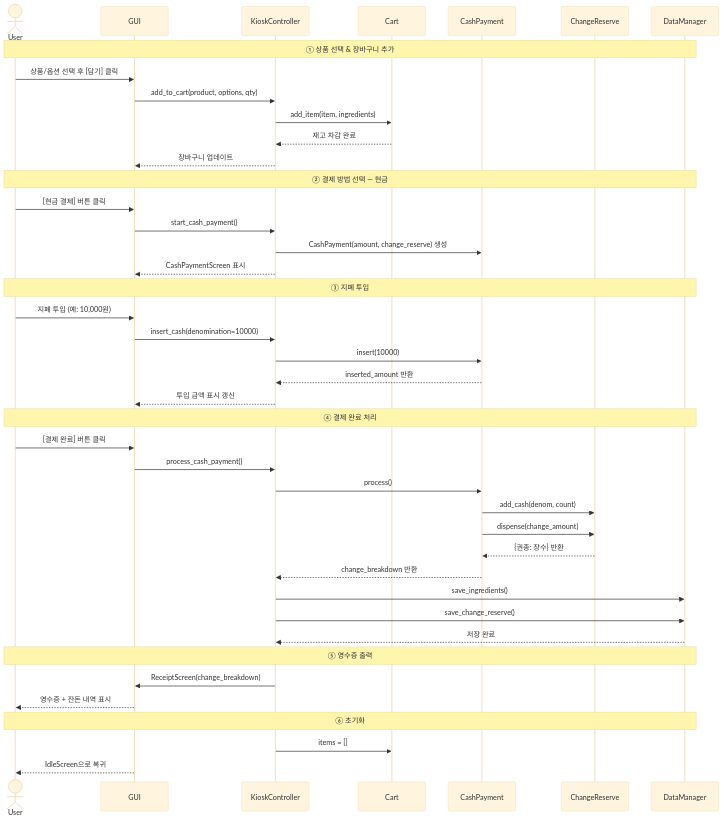
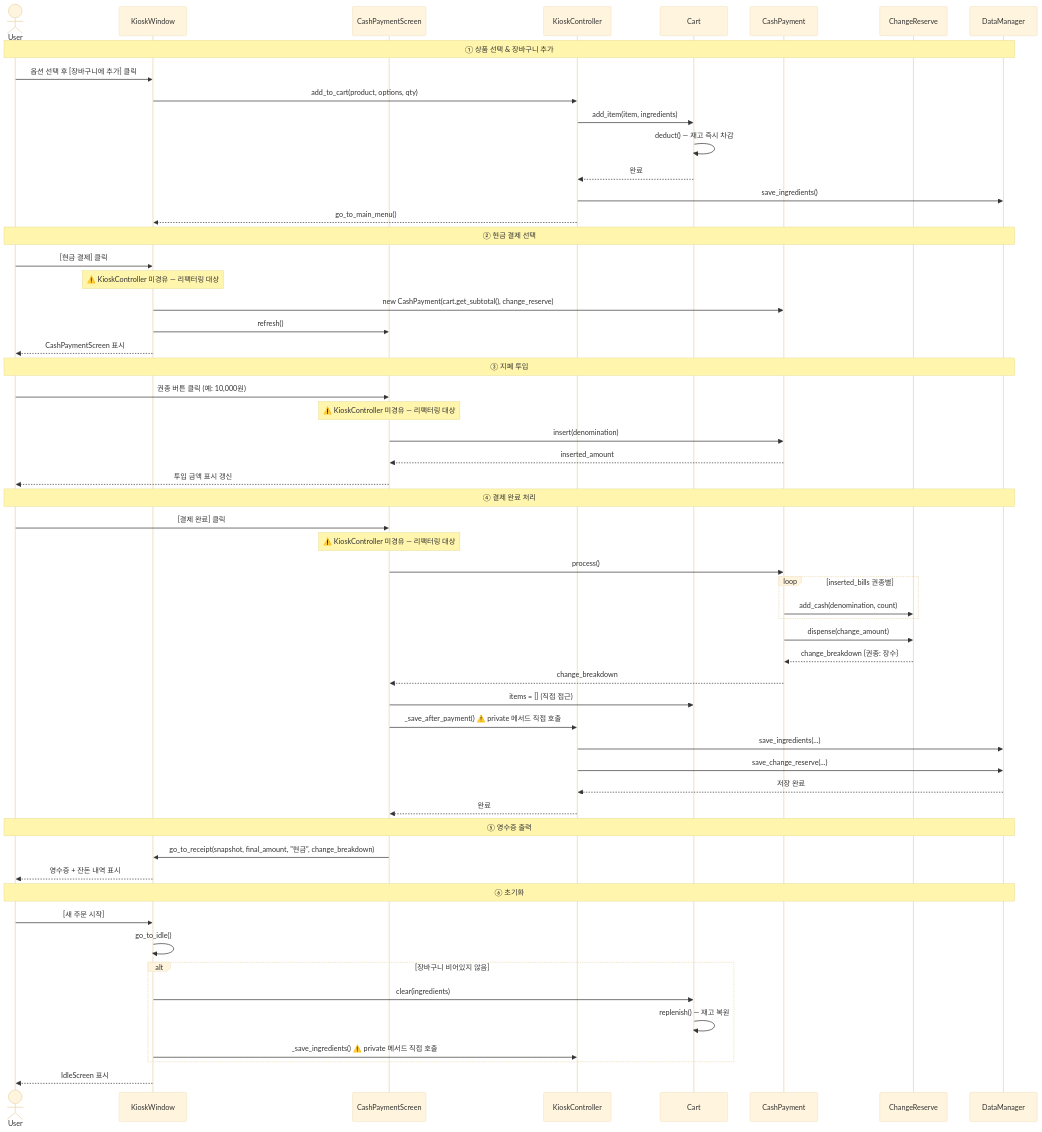
The second of 2 diagrams in README.md (yj2trigger/pmg-ic-pbl), drawn with Mermaid (base theme) before and after one commit. The commit also changed other lines of this file, not shown here.

Commit message:
docs: README 시퀀스 다이어그램을 실제 코드 기반으로 교체
기존: 의도한 아키텍처 (KioskController 경유 가정)
변경: 실제 코드 기준, KioskController 미경유 경로 ⚠️ 표시
아키텍처 메모 테이블 추가 (실제 경로 vs 의도한 경로)

````diff
--- a/README.md
+++ b/README.md
@@ -162,50 +164,65 @@
 ```mermaid
 sequenceDiagram
     actor User
-    participant GUI
-    participant Controller as KioskController
+    participant GW as KioskWindow
+    participant CS as CashPaymentScreen
+    participant KC as KioskController
     participant Cart
     participant CP as CashPayment
     participant CR as ChangeReserve
     participant DM as DataManager
- 
-    note over User,DM: ① 상품 선택 & 장바구니 추가
-    User->>GUI: 상품/옵션 선택 후 [담기] 클릭
-    GUI->>Controller: add_to_cart(product, options, qty)
-    Controller->>Cart: add_item(item, ingredients)
-    Cart-->>Controller: 재고 차감 완료
-    Controller-->>GUI: 장바구니 업데이트
- 
-    note over User,DM: ② 결제 방법 선택 — 현금
-    User->>GUI: [현금 결제] 버튼 클릭
-    GUI->>Controller: start_cash_payment()
-    Controller->>CP: CashPayment(amount, change_reserve) 생성
-    Controller-->>GUI: CashPaymentScreen 표시
- 
-    note over User,DM: ③ 지폐 투입
-    User->>GUI: 지폐 투입 (예: 10,000원)
-    GUI->>Controller: insert_cash(denomination=10000)
-    Controller->>CP: insert(10000)
-    CP-->>Controller: inserted_amount 반환
-    Controller-->>GUI: 투입 금액 표시 갱신
- 
-    note over User,DM: ④ 결제 완료 처리
-    User->>GUI: [결제 완료] 버튼 클릭
-    GUI->>Controller: process_cash_payment()
-    Controller->>CP: process()
-    CP->>CR: add_cash(denom, count)
+
+    Note over User,DM: ① 상품 선택 & 장바구니 추가
+    User->>GW: 옵션 선택 후 [장바구니에 추가] 클릭
+    GW->>KC: add_to_cart(product, options, qty)
+    KC->>Cart: add_item(item, ingredients)
+    Cart->>Cart: deduct() — 재고 즉시 차감
+    Cart-->>KC: 완료
+    KC->>DM: save_ingredients()
+    KC-->>GW: go_to_main_menu()
+
+    Note over User,DM: ② 현금 결제 선택
+    User->>GW: [현금 결제] 클릭
+    Note over GW: ⚠️ KioskController 미경유 — 리팩터링 대상
+    GW->>CP: new CashPayment(cart.get_subtotal(), change_reserve)
+    GW->>CS: refresh()
+    GW-->>User: CashPaymentScreen 표시
+
+    Note over User,DM: ③ 지폐 투입
+    User->>CS: 권종 버튼 클릭 (예: 10,000원)
+    Note over CS: ⚠️ KioskController 미경유 — 리팩터링 대상
+    CS->>CP: insert(denomination)
+    CP-->>CS: inserted_amount
+    CS-->>User: 투입 금액 표시 갱신
+
+    Note over User,DM: ④ 결제 완료 처리
+    User->>CS: [결제 완료] 클릭
+    Note over CS: ⚠️ KioskController 미경유 — 리팩터링 대상
+    CS->>CP: process()
+    loop inserted_bills 권종별
+        CP->>CR: add_cash(denomination, count)
+    end
     CP->>CR: dispense(change_amount)
-    CR-->>CP: {권종: 장수} 반환
-    CP-->>Controller: change_breakdown 반환
-    Controller->>DM: save_ingredients()
-    Controller->>DM: save_change_reserve()
-    DM-->>Controller: 저장 완료
- 
-    note over User,DM: ⑤ 영수증 출력
-    Controller->>GUI: ReceiptScreen(change_breakdown)
-    GUI-->>User: 영수증 + 잔돈 내역 표시
- 
-    note over User,DM: ⑥ 초기화
-    Controller->>Cart: items = []
-    GUI-->>User: IdleScreen으로 복귀
+    CR-->>CP: change_breakdown {권종: 장수}
+    CP-->>CS: change_breakdown
+    CS->>Cart: items = [] (직접 접근)
+    CS->>KC: _save_after_payment() ⚠️ private 메서드 직접 호출
+    KC->>DM: save_ingredients(...)
+    KC->>DM: save_change_reserve(...)
+    DM-->>KC: 저장 완료
+    KC-->>CS: 완료
+
+    Note over User,DM: ⑤ 영수증 출력
+    CS->>GW: go_to_receipt(snapshot, final_amount, "현금", change_breakdown)
+    GW-->>User: 영수증 + 잔돈 내역 표시
+
+    Note over User,DM: ⑥ 초기화
+    User->>GW: [새 주문 시작]
+    GW->>GW: go_to_idle()
+    alt 장바구니 비어있지 않음
+        GW->>Cart: clear(ingredients)
+        Cart->>Cart: replenish() — 재고 복원
+        GW->>KC: _save_ingredients() ⚠️ private 메서드 직접 호출
+    end
+    GW-->>User: IdleScreen 표시
 ```
````
